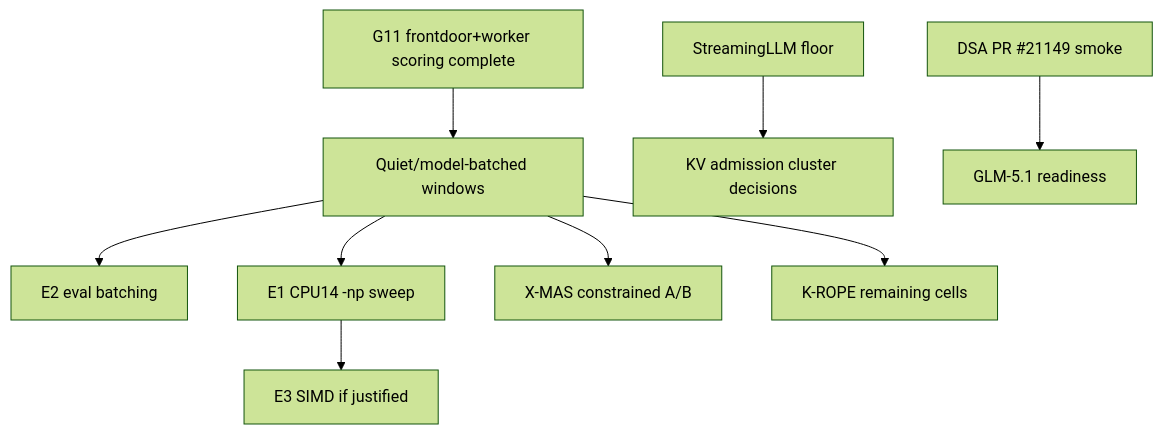
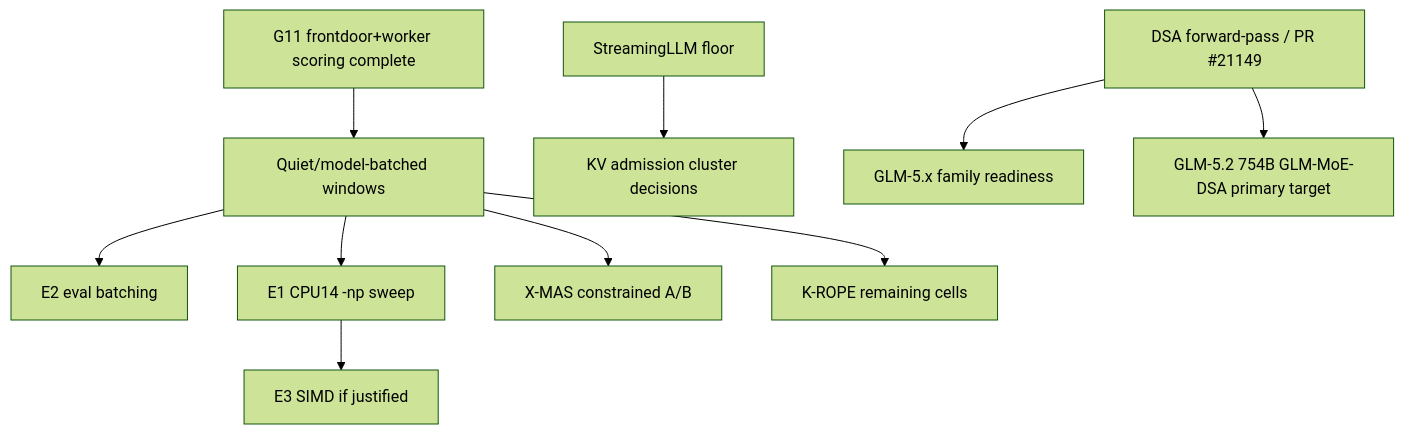
The diagram in handoffs/active/inference-acceleration-index.md (pestopoppa/epyc-root), drawn with Mermaid (forest theme) before and after one commit. The commit also changed other lines of this file and 27 other files, not shown here.

````diff
--- a/handoffs/active/inference-acceleration-index.md
+++ b/handoffs/active/inference-acceleration-index.md
@@ -57,11 +60,12 @@
 ```mermaid
 flowchart TD
     G11[G11 frontdoor+worker scoring complete] --> Quiet[Quiet/model-batched windows]
     Quiet --> E2[E2 eval batching]
     Quiet --> E1[E1 CPU14 -np sweep]
     E1 --> E3[E3 SIMD if justified]
     Quiet --> Xmas[X-MAS constrained A/B]
     Quiet --> KROPE[K-ROPE remaining cells]
     Streaming[StreamingLLM floor] --> KVCluster[KV admission cluster decisions]
-    DSA[DSA PR #21149 smoke] --> GLM[GLM-5.1 readiness]
+    DSAfwd[DSA forward-pass / PR #21149] --> GLM[GLM-5.x family readiness]
+    DSAfwd --> GLM52[GLM-5.2 754B GLM-MoE-DSA primary target]
 ```
````
